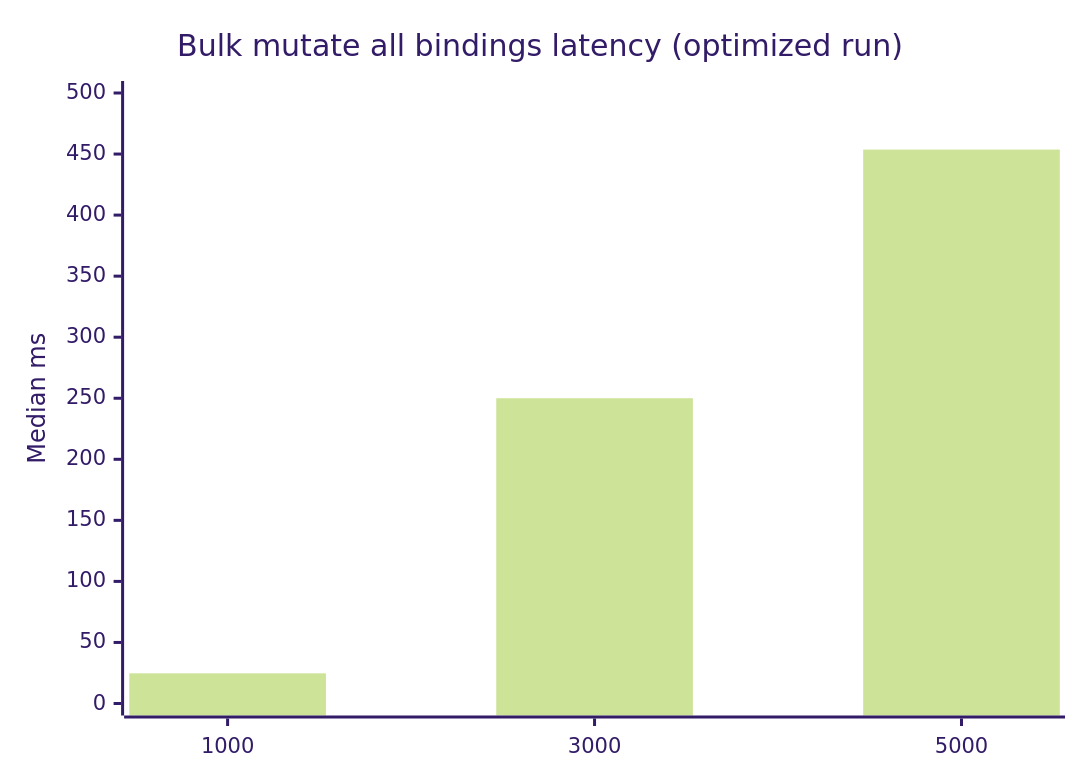
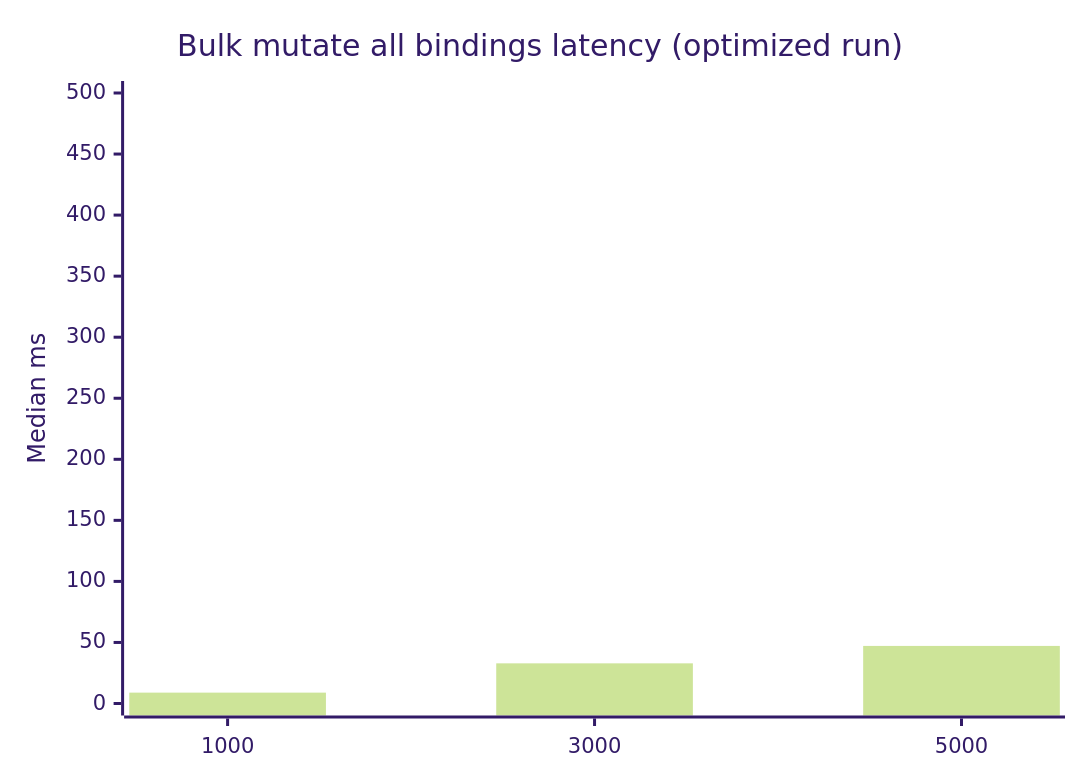
The fourth of 7 diagrams in reports/rsx-spa-performance/README.md (robert-sanders-software-ontwikkeling/rs-x), drawn with Mermaid (forest theme) before and after one commit. The commit also changed other lines of this file and 4 other files, not shown here.

````diff
--- a/reports/rsx-spa-performance/README.md
+++ b/reports/rsx-spa-performance/README.md
@@ -90,7 +102,7 @@
 ```mermaid
 xychart-beta
   title "Bulk mutate all bindings latency (optimized run)"
   x-axis [1000, 3000, 5000]
   y-axis "Median ms" 0 --> 500
-  bar [24.709, 250.014, 453.666]
+  bar [8.902, 32.888, 47.161]
 ```
````
